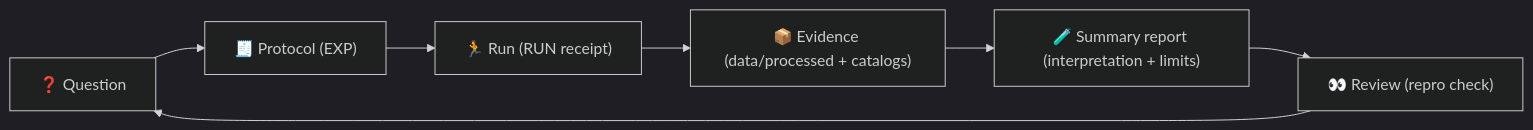
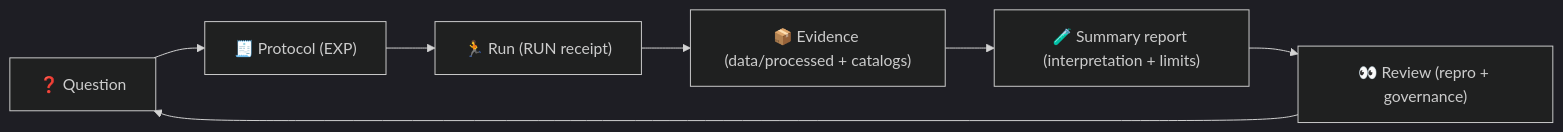
One commit to bartytime4life/Kansas-Frontier-Matrix changed the first of 2 diagrams in mcp/README.md. Above: the diagram before and after it, drawn with Mermaid (dark theme). The commit also changed other lines of this file, not shown here.

````diff
--- a/mcp/README.md
+++ b/mcp/README.md
@@ -118,9 +189,9 @@
 ```mermaid
 flowchart LR
   Q["❓ Question"] --> P["🧾 Protocol (EXP)"]
   P --> R["🏃 Run (RUN receipt)"]
   R --> E["📦 Evidence (data/processed + catalogs)"]
   E --> S["🧪 Summary report (interpretation + limits)"]
-  S --> V["👀 Review (repro check)"]
+  S --> V["👀 Review (repro + governance)"]
   V --> Q
 ```
````
